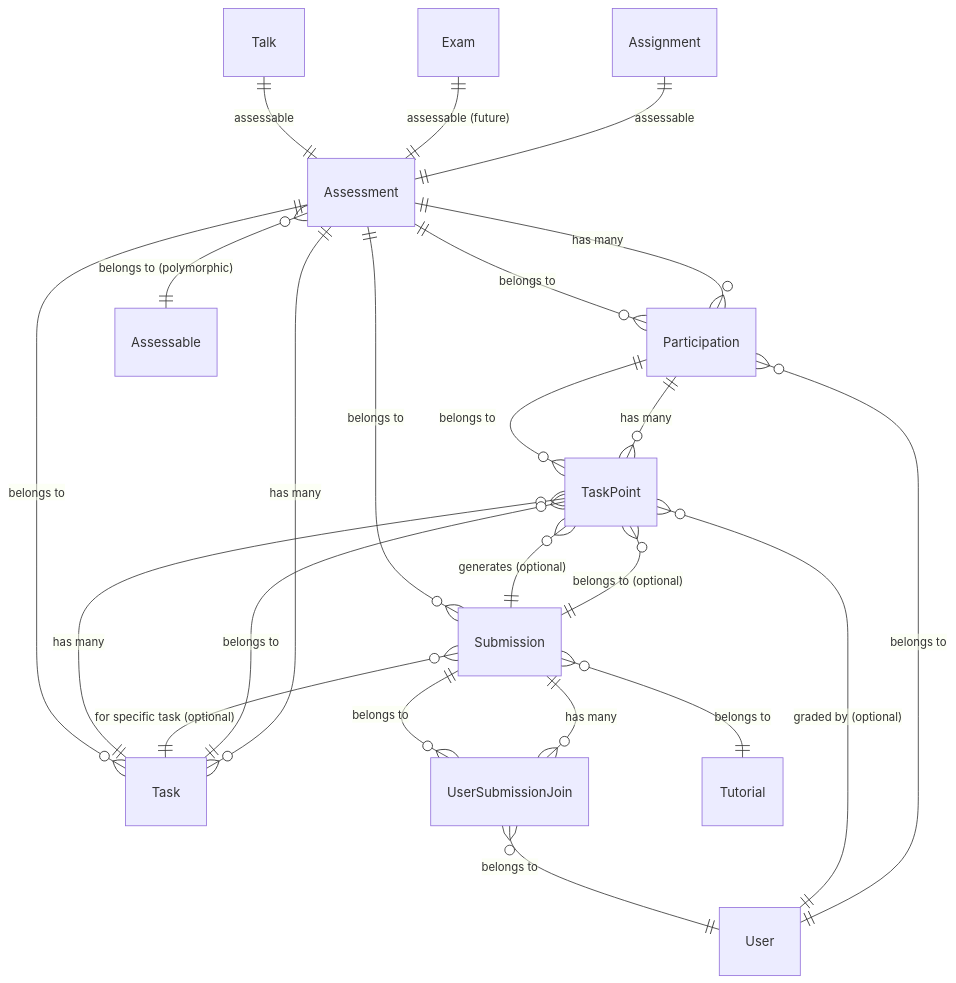
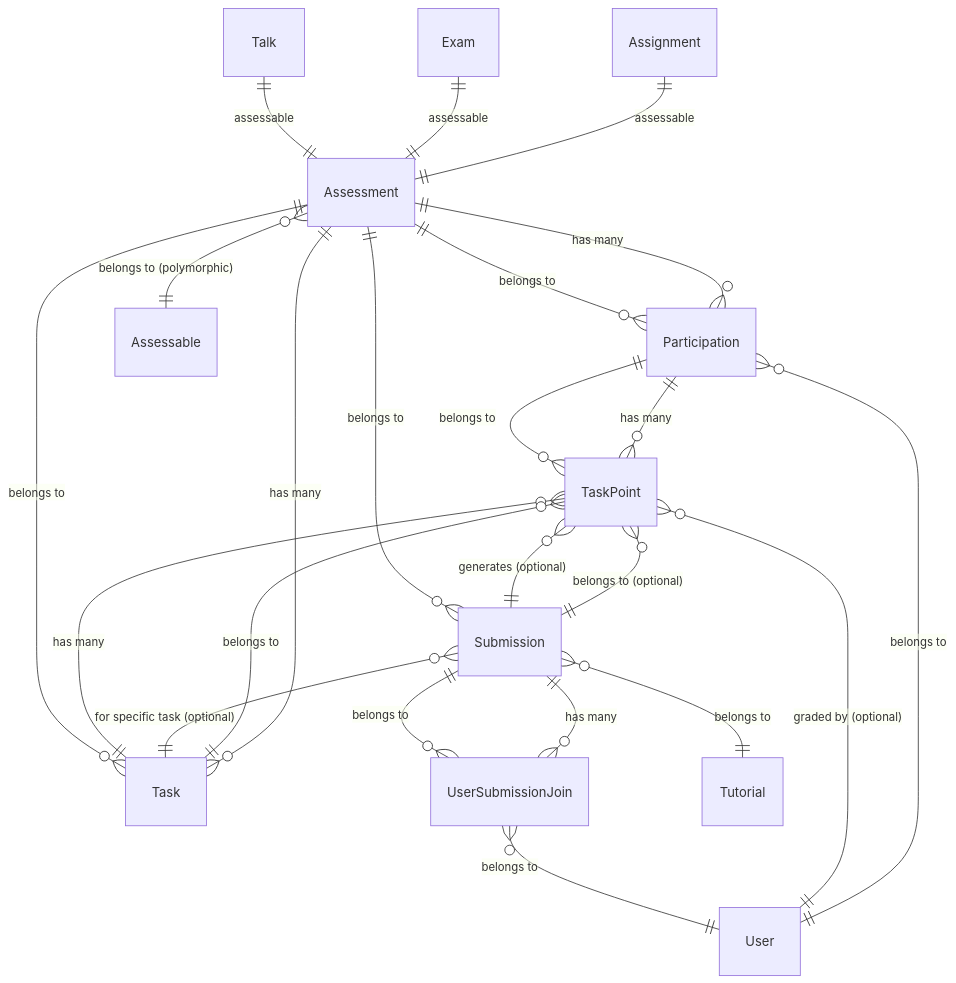
One commit to MaMpf-HD/mampf changed the first of 4 diagrams in architecture/src/features/04-assessments-and-grading.md. Above: the diagram before and after it, drawn with Mermaid. The commit also changed other lines of this file and 16 other files, not shown here.

````diff
--- a/architecture/src/features/04-assessments-and-grading.md
+++ b/architecture/src/features/04-assessments-and-grading.md
@@ -823,31 +881,31 @@
 ```mermaid
 erDiagram
     Assessment ||--o{ Participation : "has many"
     Assessment ||--o{ Task : "has many"
     Assessment }o--|| Assessable : "belongs to (polymorphic)"
-    
+
     Participation ||--o{ TaskPoint : "has many"
     Participation }o--|| User : "belongs to"
     Participation }o--|| Assessment : "belongs to"
-    
+
     Task ||--o{ TaskPoint : "has many"
     Task }o--|| Assessment : "belongs to"
-    
+
     TaskPoint }o--|| Participation : "belongs to"
     TaskPoint }o--|| Task : "belongs to"
     TaskPoint }o--|| Submission : "belongs to (optional)"
     TaskPoint }o--|| User : "graded by (optional)"
-    
+
     Submission ||--o{ TaskPoint : "generates (optional)"
     Submission ||--o{ UserSubmissionJoin : "has many"
     Submission }o--|| Assessment : "belongs to"
     Submission }o--|| Tutorial : "belongs to"
     Submission }o--|| Task : "for specific task (optional)"
-    
+
     UserSubmissionJoin }o--|| Submission : "belongs to"
     UserSubmissionJoin }o--|| User : "belongs to"
-    
+
     Assignment ||--|| Assessment : "assessable"
-    Exam ||--|| Assessment : "assessable (future)"
+    Exam ||--|| Assessment : "assessable"
     Talk ||--|| Assessment : "assessable"
 ```
````
